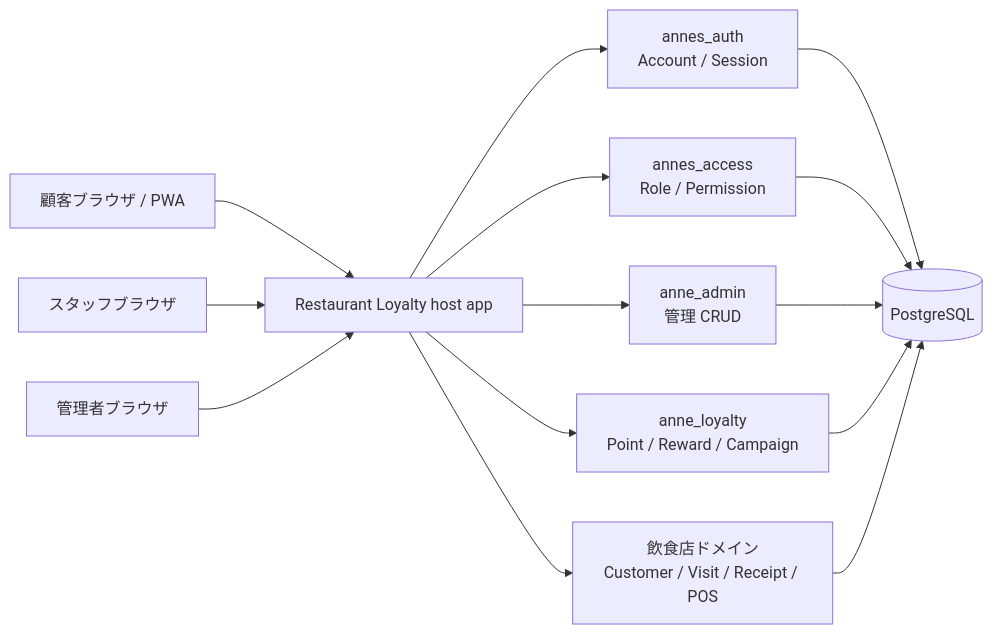
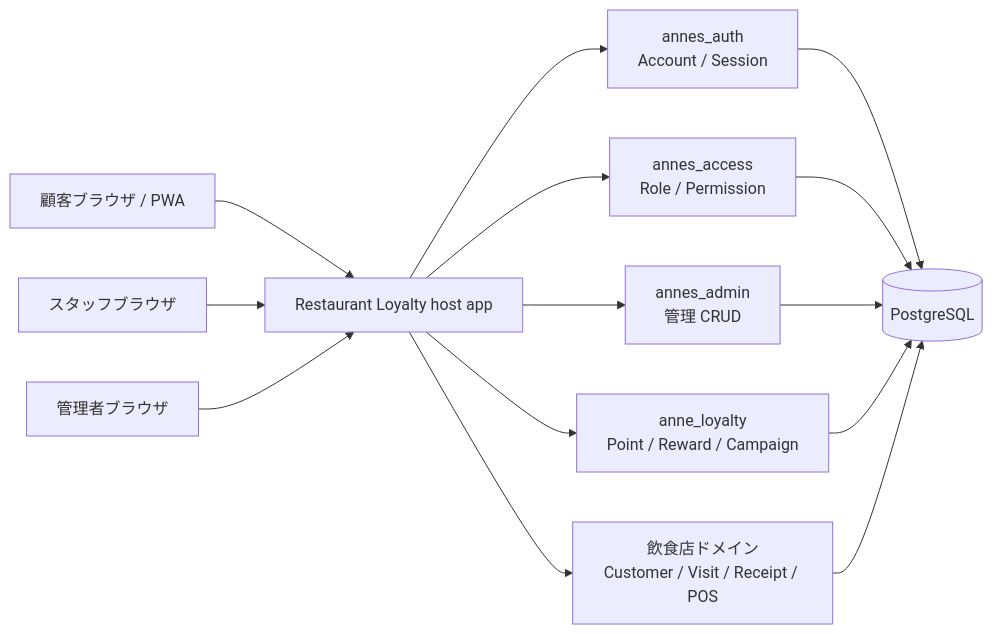
Before and after one commit to quartet-labo/annes_engine: the first of 2 diagrams in examples/restaurant_loyalty/docs/technical_concept.md, drawn with Mermaid. The commit also changed other lines of this file and 259 other files, not shown here.

Commit message:
refactor(admin): rename package and namespace to AnnesAdmin

````diff
--- a/examples/restaurant_loyalty/docs/technical_concept.md
+++ b/examples/restaurant_loyalty/docs/technical_concept.md
@@ -65,19 +65,19 @@
 ```mermaid
 flowchart LR
     Customer["顧客ブラウザ / PWA"] --> Host["Restaurant Loyalty host app"]
     Staff["スタッフブラウザ"] --> Host
     Admin["管理者ブラウザ"] --> Host
 
     Host --> Auth["annes_auth\nAccount / Session"]
     Host --> Access["annes_access\nRole / Permission"]
-    Host --> AdminEngine["anne_admin\n管理 CRUD"]
+    Host --> AdminEngine["annes_admin\n管理 CRUD"]
     Host --> Loyalty["anne_loyalty\nPoint / Reward / Campaign"]
 
     Host --> Domain["飲食店ドメイン\nCustomer / Visit / Receipt / POS"]
 
     Auth --> DB[(PostgreSQL)]
     Access --> DB
     AdminEngine --> DB
     Loyalty --> DB
     Domain --> DB
 ```
````
